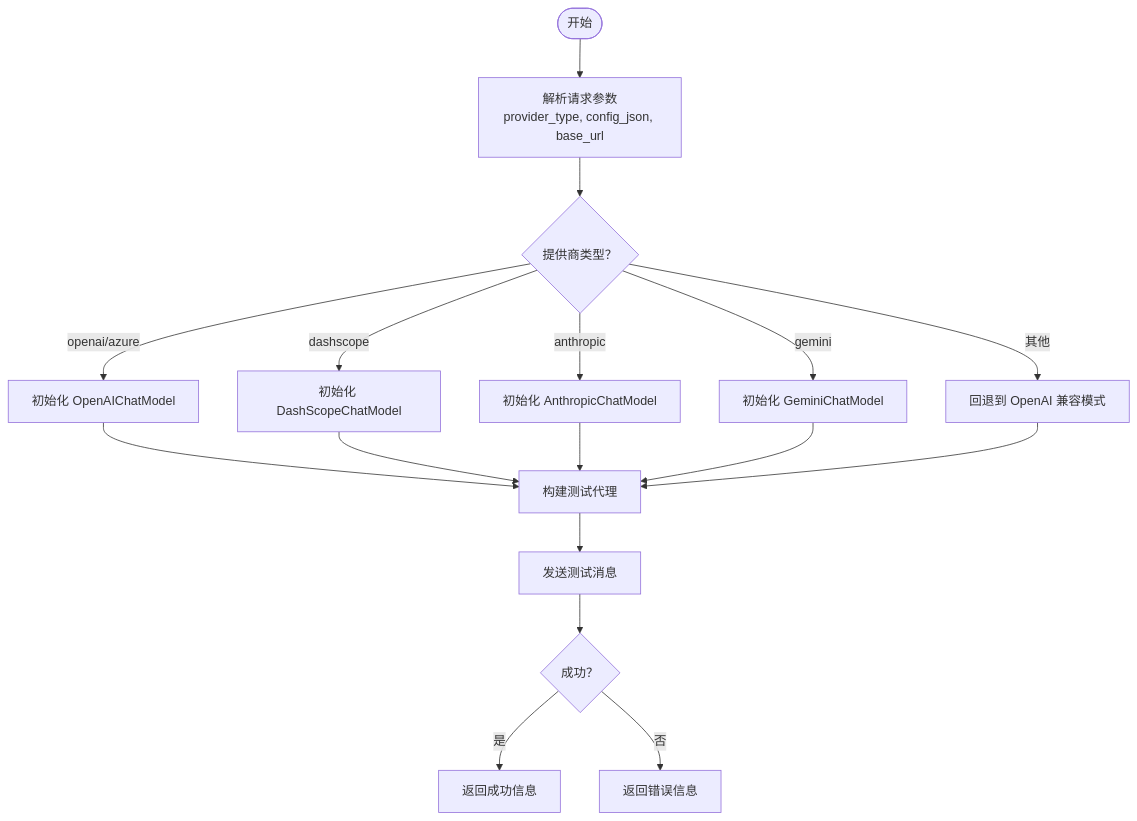
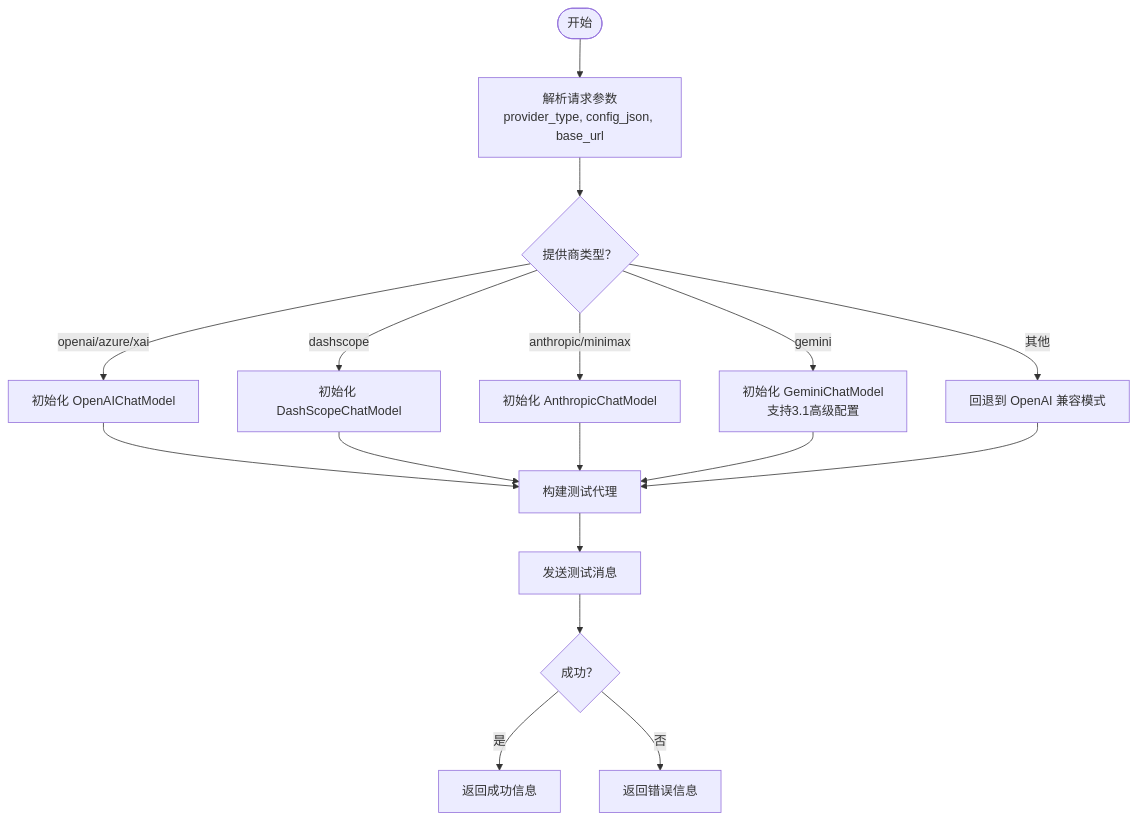
One commit to KunLabAI/KunFlix changed the fourth of 9 diagrams in .qoder/repowiki/zh/content/后台管理系统/LLM提供商管理.md. Above: the diagram before and after it, drawn with Mermaid. The commit also changed other lines of this file and 25 other files, not shown here.

````diff
--- a/.qoder/repowiki/zh/content/后台管理系统/LLM提供商管理.md
+++ b/.qoder/repowiki/zh/content/后台管理系统/LLM提供商管理.md
@@ -177,19 +217,19 @@
 ```mermaid
 flowchart TD
 Start(["开始"]) --> Parse["解析请求参数<br/>provider_type, config_json, base_url"]
 Parse --> TypeCheck{"提供商类型？"}
-TypeCheck --> |openai/azure| InitOA["初始化 OpenAIChatModel"]
+TypeCheck --> |openai/azure/xai| InitOA["初始化 OpenAIChatModel"]
 TypeCheck --> |dashscope| InitDS["初始化 DashScopeChatModel"]
-TypeCheck --> |anthropic| InitAC["初始化 AnthropicChatModel"]
-TypeCheck --> |gemini| InitGM["初始化 GeminiChatModel"]
+TypeCheck --> |anthropic/minimax| InitAC["初始化 AnthropicChatModel"]
+TypeCheck --> |gemini| InitGM["初始化 GeminiChatModel<br/>支持3.1高级配置"]
 TypeCheck --> |其他| Fallback["回退到 OpenAI 兼容模式"]
 InitOA --> BuildAgent["构建测试代理"]
 InitDS --> BuildAgent
 InitAC --> BuildAgent
 InitGM --> BuildAgent
 Fallback --> BuildAgent
 BuildAgent --> SendMsg["发送测试消息"]
 SendMsg --> Result{"成功？"}
 Result --> |是| ReturnOK["返回成功信息"]
 Result --> |否| ReturnErr["返回错误信息"]
 ```
````
